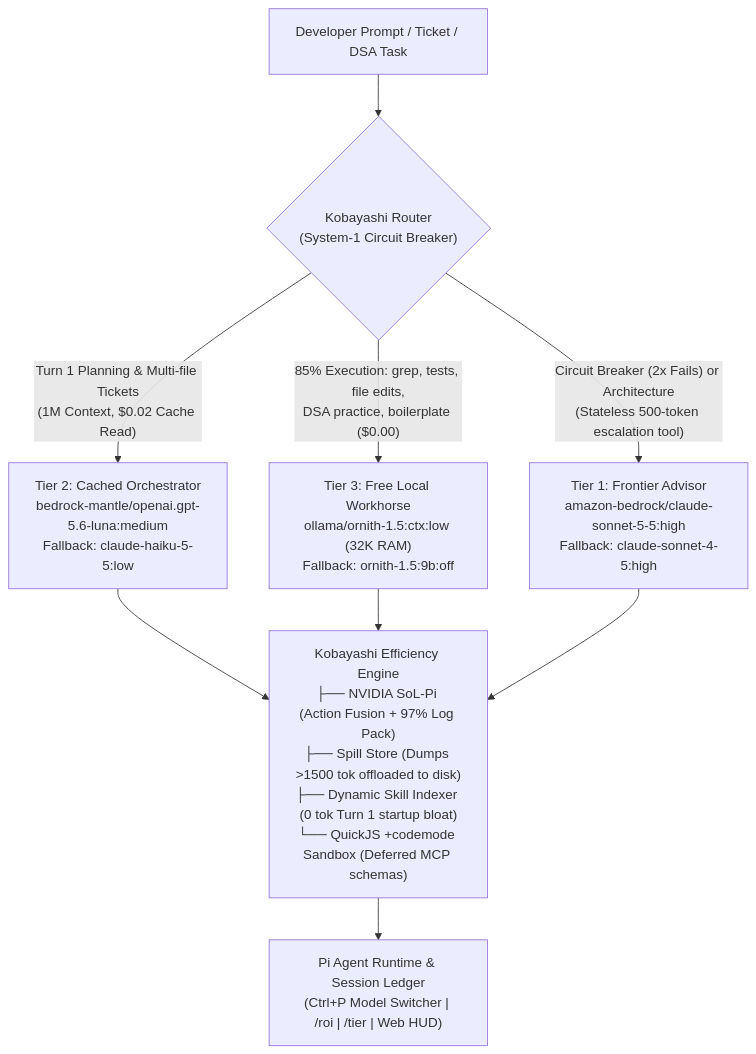
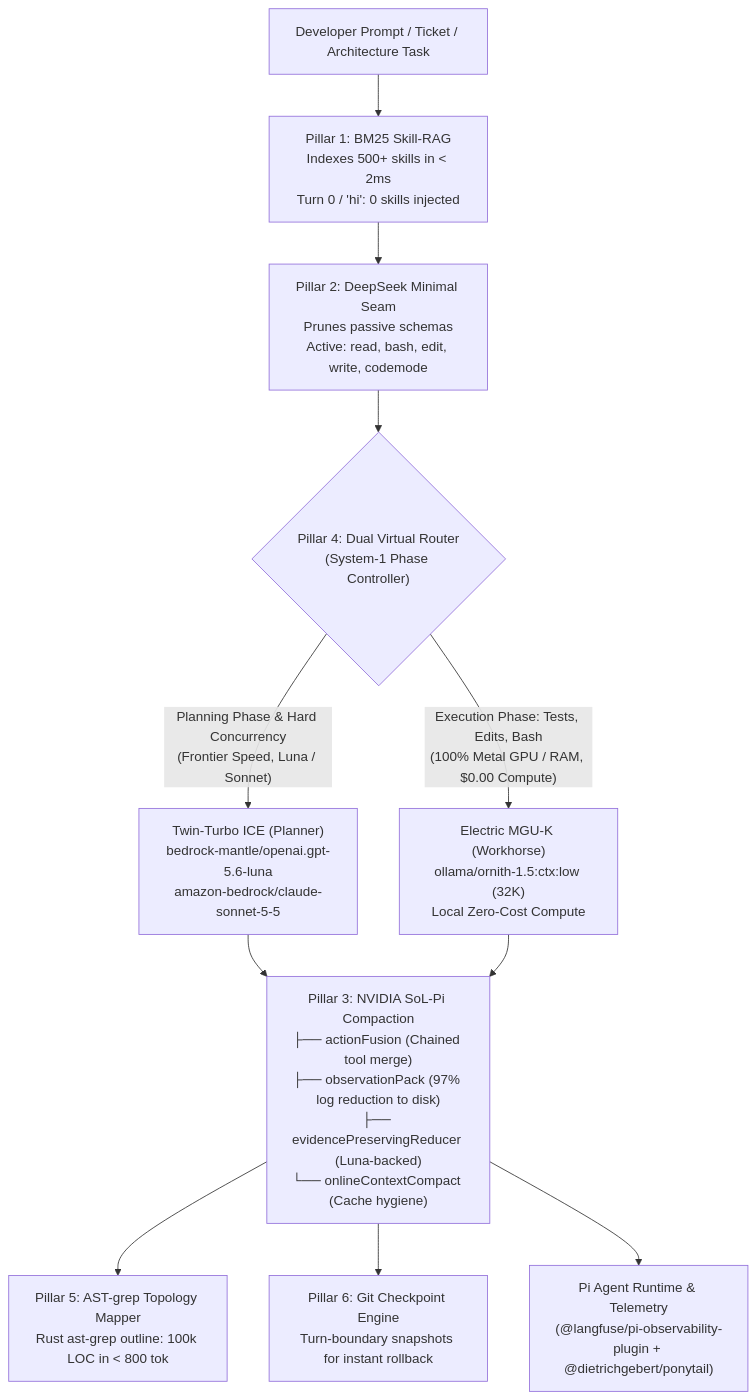
Before and after one commit to devdeepjs/kobayashi-maru: the diagram in README.md, drawn with Mermaid. The commit also changed other lines of this file and 16 other files, not shown here.

Commit message:
feat: release Kobayashi Maru (小林丸) SOTA zero-waste engineering runtime

````diff
--- a/README.md
+++ b/README.md
@@ -30,16 +45,22 @@
 ```mermaid
 flowchart TD
-    User["Developer Prompt / Ticket / DSA Task"] --> Router{"Kobayashi Router<br/>(System-1 Circuit Breaker)"}
+    User["Developer Prompt / Ticket / Architecture Task"] --> SRA["Pillar 1: BM25 Skill-RAG<br/>Indexes 500+ skills in < 2ms<br/>Turn 0 / 'hi': 0 skills injected"]
+    
+    SRA --> Seam["Pillar 2: DeepSeek Minimal Seam<br/>Prunes passive schemas<br/>Active: read, bash, edit, write, codemode"]
 
-    Router -->|"Turn 1 Planning & Multi-file Tickets<br/>(1M Context, $0.02 Cache Read)"| Tier2["Tier 2: Cached Orchestrator<br/>bedrock-mantle/openai.gpt-5.6-luna:medium<br/>Fallback: claude-haiku-5-5:low"]
-    
-    Router -->|"85% Execution: grep, tests, file edits,<br/>DSA practice, boilerplate ($0.00)"| Tier3["Tier 3: Free Local Workhorse<br/>ollama/ornith-1.5:ctx:low (32K RAM)<br/>Fallback: ornith-1.5:9b:off"]
+    Seam --> Router{"Pillar 4: Dual Virtual Router<br/>(System-1 Phase Controller)"}
 
-    Router -->|"Circuit Breaker (2x Fails) or Architecture<br/>(Stateless 500-token escalation tool)"| Tier1["Tier 1: Frontier Advisor<br/>amazon-bedrock/claude-sonnet-5-5:high<br/>Fallback: claude-sonnet-4-5:high"]
+    Router -->|"Planning Phase & Hard Concurrency<br/>(Frontier Speed, Luna / Sonnet)"| Planner["Twin-Turbo ICE (Planner)<br/>bedrock-mantle/openai.gpt-5.6-luna<br/>amazon-bedrock/claude-sonnet-5-5"]
 
-    Tier2 --> Engine["Kobayashi Efficiency Engine<br/>├── NVIDIA SoL-Pi (Action Fusion + 97% Log Pack)<br/>├── Spill Store (Dumps >1500 tok offloaded to disk)<br/>├── Dynamic Skill Indexer (0 tok Turn 1 startup bloat)<br/>└── QuickJS +codemode Sandbox (Deferred MCP schemas)"]
-    Tier3 --> Engine
-    Tier1 --> Engine
+    Router -->|"Execution Phase: Tests, Edits, Bash<br/>(100% Metal GPU / RAM, $0.00 Compute)"| Worker["Electric MGU-K (Workhorse)<br/>ollama/ornith-1.5:ctx:low (32K)<br/>Local Zero-Cost Compute"]
 
-    Engine --> Pi["Pi Agent Runtime & Session Ledger<br/>(Ctrl+P Model Switcher | /roi | /tier | Web HUD)"]
+    Planner --> Compactor["Pillar 3: NVIDIA SoL-Pi Compaction<br/>├── actionFusion (Chained tool merge)<br/>├── observationPack (97% log reduction to disk)<br/>├── evidencePreservingReducer (Luna-backed)<br/>└── onlineContextCompact (Cache hygiene)"]
+
+    Worker --> Compactor
+
+    Compactor --> Topology["Pillar 5: AST-grep Topology Mapper<br/>Rust ast-grep outline: 100k LOC in < 800 tok"]
+
+    Compactor --> Checkpoint["Pillar 6: Git Checkpoint Engine<br/>Turn-boundary snapshots for instant rollback"]
+
+    Compactor --> Pi["Pi Agent Runtime & Telemetry<br/>(@langfuse/pi-observability-plugin + @dietrichgebert/ponytail)"]
 ```
````
